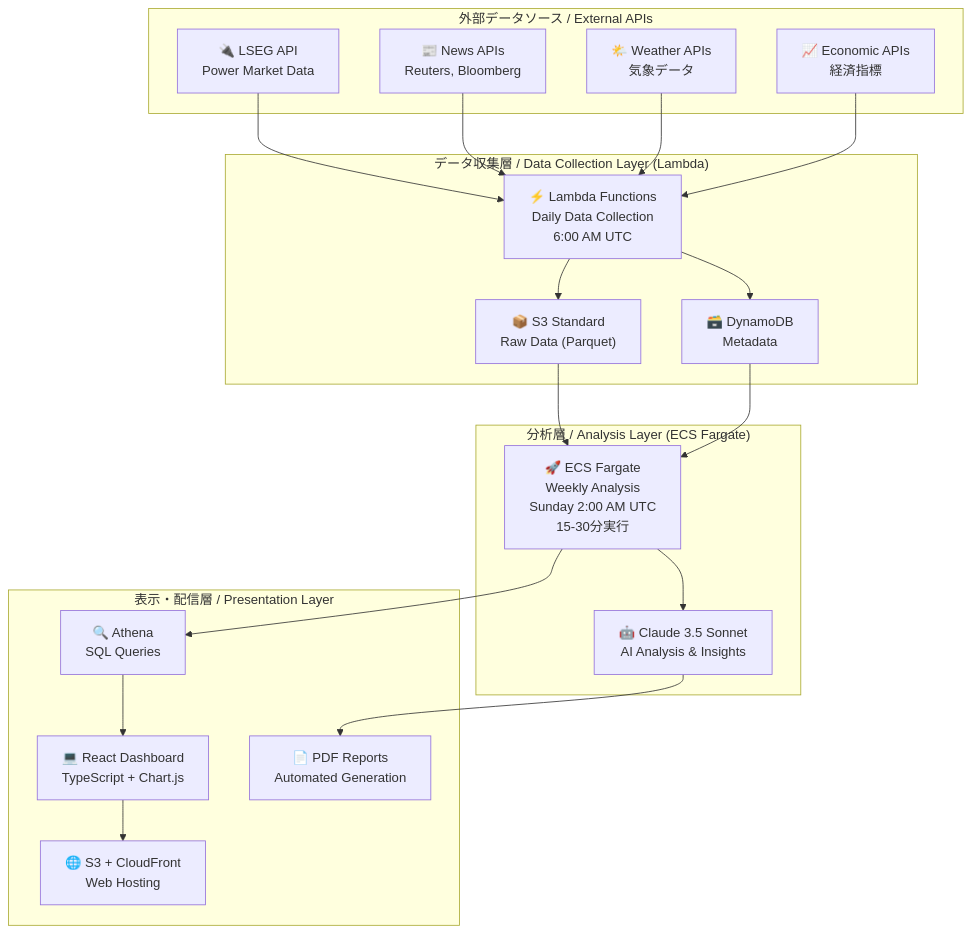
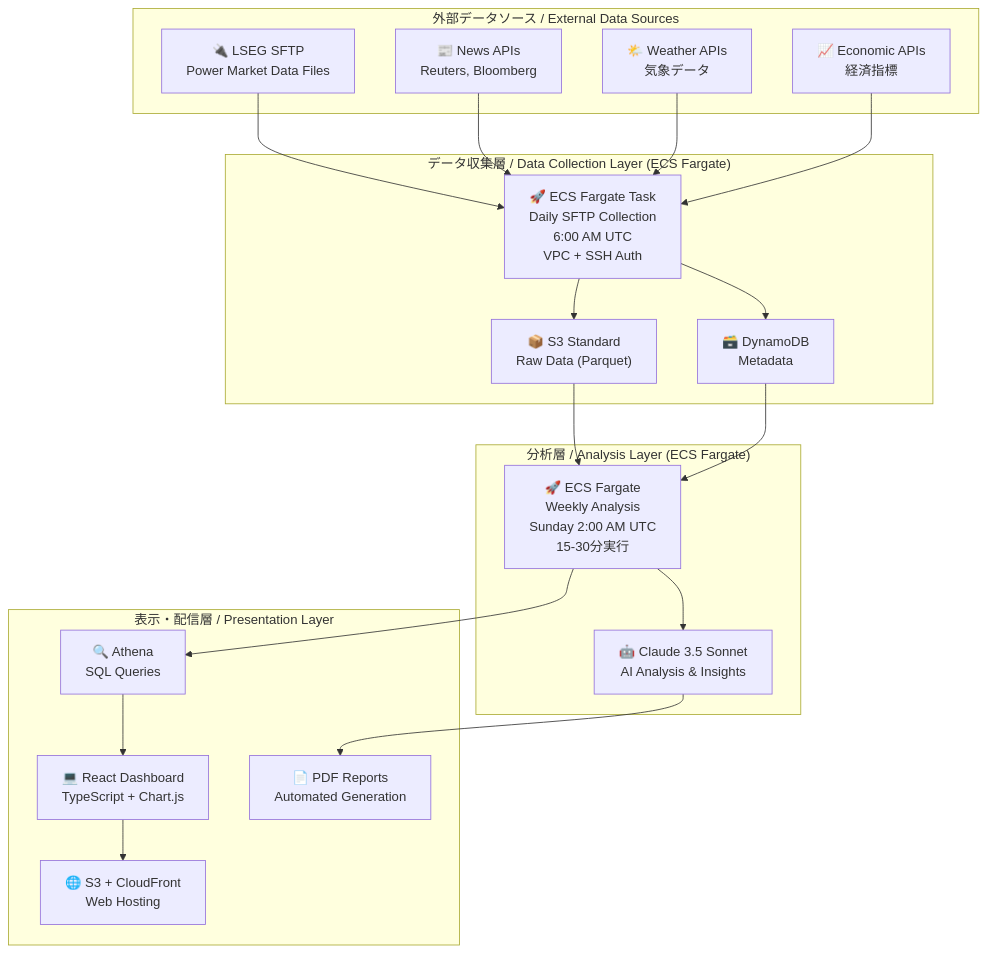
The diagram in README.md (hozaki45/NEXUS_ENA), drawn with Mermaid before and after one commit. The commit also changed 4 other files, not shown here.

First line of the commit message:
🔄 Major Architecture Update: Migrate from Lambda API to ECS SFTP for LSEG Data Collection

````diff
--- a/README.md
+++ b/README.md
@@ -38,41 +38,41 @@
 ```mermaid
 graph TB
-    subgraph "外部データソース / External APIs"
-        LSEG["🔌 LSEG API<br/>Power Market Data"]
+    subgraph "外部データソース / External Data Sources"
+        LSEG["🔌 LSEG SFTP<br/>Power Market Data Files"]
         NEWS["📰 News APIs<br/>Reuters, Bloomberg"]
         WEATHER["🌤️ Weather APIs<br/>気象データ"]
         ECONOMIC["📈 Economic APIs<br/>経済指標"]
     end
 
-    subgraph "データ収集層 / Data Collection Layer (Lambda)"
-        LAMBDA1["⚡ Lambda Functions<br/>Daily Data Collection<br/>6:00 AM UTC"]
+    subgraph "データ収集層 / Data Collection Layer (ECS Fargate)"
+        ECS_COLLECT["🚀 ECS Fargate Task<br/>Daily SFTP Collection<br/>6:00 AM UTC<br/>VPC + SSH Auth"]
         S3_RAW["📦 S3 Standard<br/>Raw Data (Parquet)"]
         DDB["🗃️ DynamoDB<br/>Metadata"]
     end
 
     subgraph "分析層 / Analysis Layer (ECS Fargate)"
         ECS["🚀 ECS Fargate<br/>Weekly Analysis<br/>Sunday 2:00 AM UTC<br/>15-30分実行"]
         CLAUDE["🤖 Claude 3.5 Sonnet<br/>AI Analysis & Insights"]
     end
 
     subgraph "表示・配信層 / Presentation Layer"
         REACT["💻 React Dashboard<br/>TypeScript + Chart.js"]
         S3_WEB["🌐 S3 + CloudFront<br/>Web Hosting"]
         PDF["📄 PDF Reports<br/>Automated Generation"]
         ATHENA["🔍 Athena<br/>SQL Queries"]
     end
 
-    LSEG --> LAMBDA1
-    NEWS --> LAMBDA1
-    WEATHER --> LAMBDA1
-    ECONOMIC --> LAMBDA1
-    LAMBDA1 --> S3_RAW
-    LAMBDA1 --> DDB
+    LSEG --> ECS_COLLECT
+    NEWS --> ECS_COLLECT
+    WEATHER --> ECS_COLLECT
+    ECONOMIC --> ECS_COLLECT
+    ECS_COLLECT --> S3_RAW
+    ECS_COLLECT --> DDB
     S3_RAW --> ECS
     DDB --> ECS
     ECS --> CLAUDE
     CLAUDE --> PDF
     ECS --> ATHENA
     ATHENA --> REACT
     REACT --> S3_WEB
 ```
````
